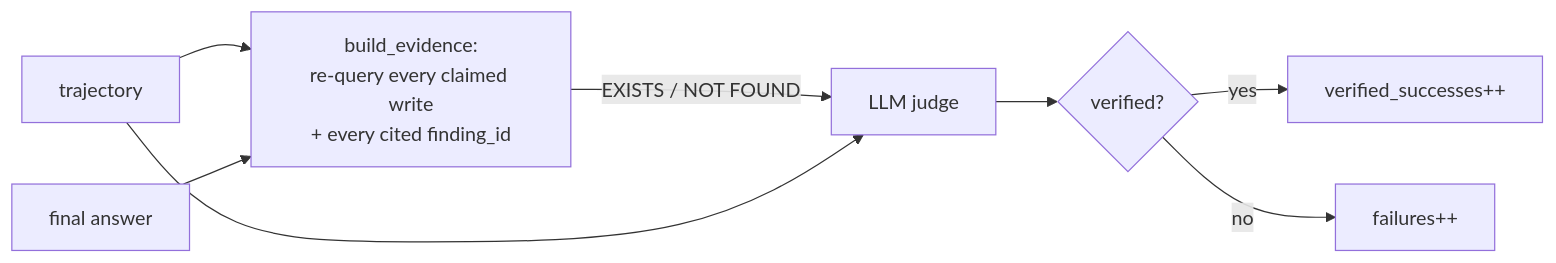
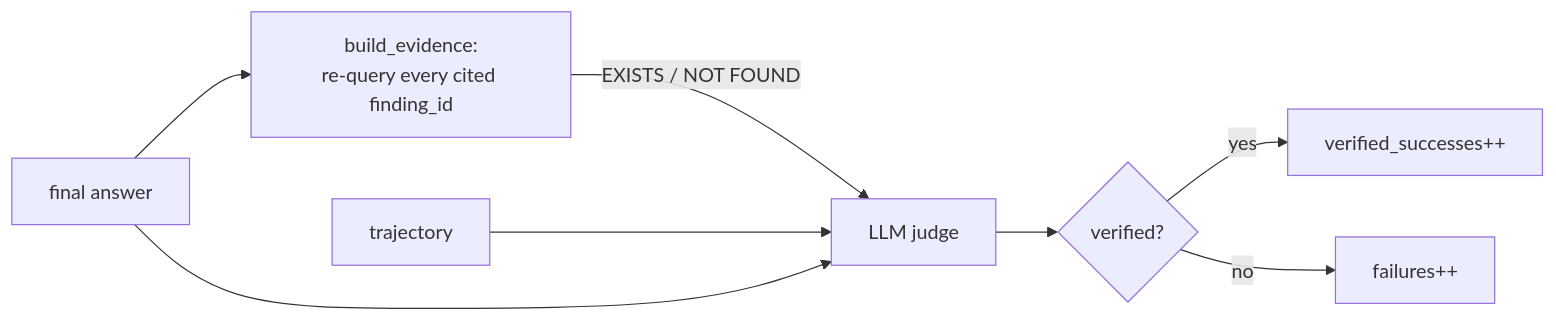
Before and after one commit to anantsrivast/cityops-agent-harness: the fifth of 16 diagrams in docs/WALKTHROUGH.md, drawn with Mermaid. The commit also changed other lines of this file and 2 other files, not shown here.

````diff
--- a/docs/WALKTHROUGH.md
+++ b/docs/WALKTHROUGH.md
@@ -161,10 +170,10 @@
 ```mermaid
 flowchart LR
-  traj["trajectory"] --> ev["build_evidence:<br/>re-query every claimed write<br/>+ every cited finding_id"]
-  ans["final answer"] --> ev
+  ans["final answer"] --> ev["build_evidence:<br/>re-query every cited finding_id"]
   ev -->|"EXISTS / NOT FOUND"| J["LLM judge"]
-  traj --> J
+  traj["trajectory"] --> J
+  ans --> J
   J --> V{"verified?"}
   V -->|yes| S["verified_successes++"]
   V -->|no| F["failures++"]
 ```
````
